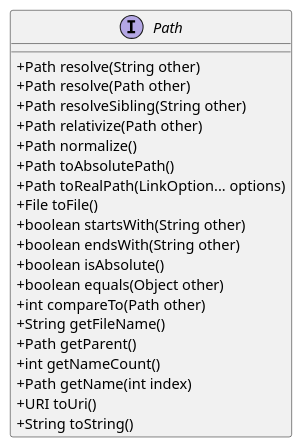
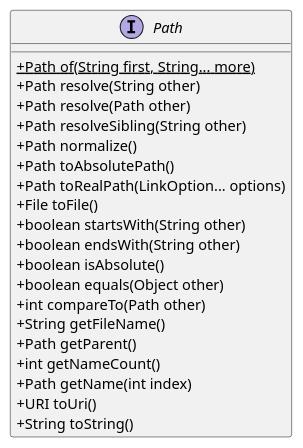
The diagram in subjects/poo/code/12-path-interface.puml (fabriciosantana/idp-marp-slides), drawn with PlantUML before and after one commit. The commit also changed 2 other files, not shown here.

```diff
--- a/subjects/poo/code/12-path-interface.puml
+++ b/subjects/poo/code/12-path-interface.puml
@@ -1,27 +1,27 @@
 @startuml
 ' PlantUML class diagram for java.nio.file.Path (interface)
 skinparam classAttributeIconSize 0
 
 interface Path {
+  +{static} Path of(String first, String... more)
   +Path resolve(String other)
   +Path resolve(Path other)
   +Path resolveSibling(String other)
-  +Path relativize(Path other)
   +Path normalize()
   +Path toAbsolutePath()
   +Path toRealPath(LinkOption... options)
   +File toFile()
   +boolean startsWith(String other)
   +boolean endsWith(String other)
   +boolean isAbsolute()
   +boolean equals(Object other)
   +int compareTo(Path other)
   +String getFileName()
   +Path getParent()
   +int getNameCount()
   +Path getName(int index)
   +URI toUri()
   +String toString()
 }
 
 @enduml
```
